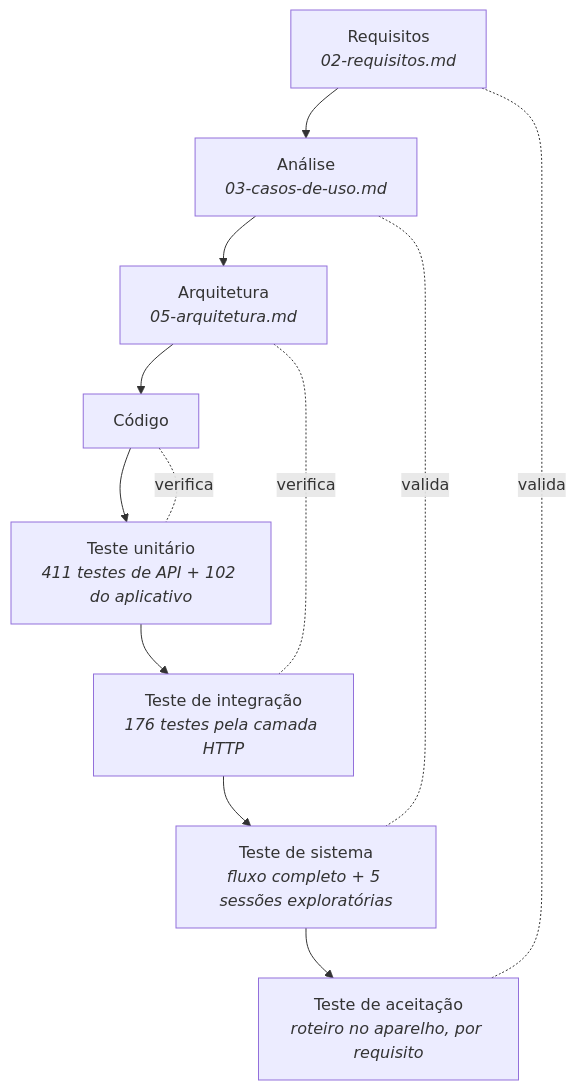
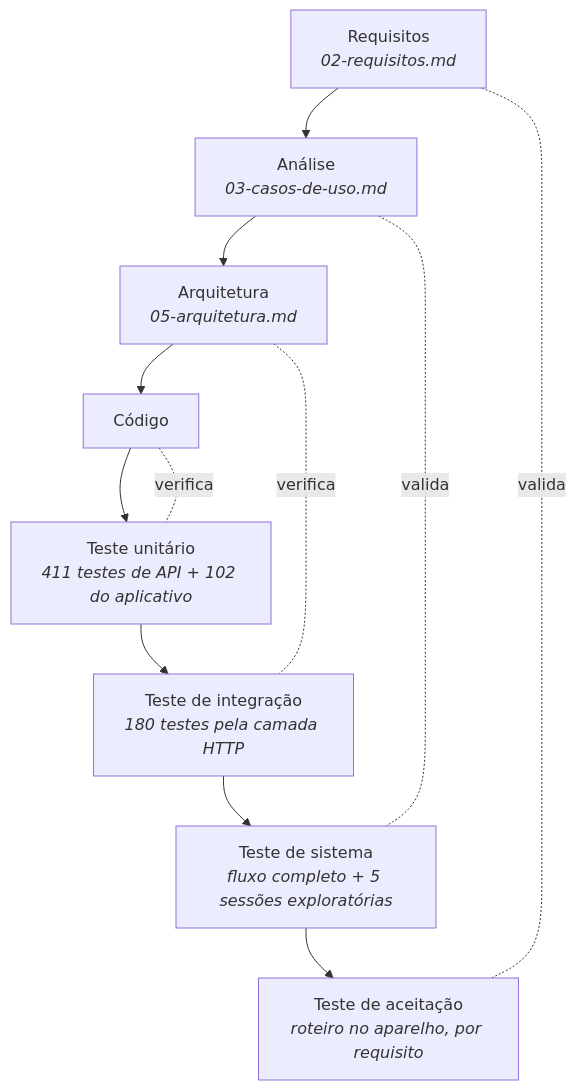
The diagram in docs/pit/07-plano-de-testes.md (lucasmoraiss/CoupleSync), drawn with Mermaid before and after one commit. The commit also changed other lines of this file and 12 other files, not shown here.

````diff
--- a/docs/pit/07-plano-de-testes.md
+++ b/docs/pit/07-plano-de-testes.md
@@ -24,18 +24,18 @@
 ```mermaid
 flowchart TB
     R["Requisitos<br/><i>02-requisitos.md</i>"]
     A["Análise<br/><i>03-casos-de-uso.md</i>"]
     Q["Arquitetura<br/><i>05-arquitetura.md</i>"]
     C["Código"]
     TU["Teste unitário<br/><i>411 testes de API + 102 do aplicativo</i>"]
-    TI["Teste de integração<br/><i>176 testes pela camada HTTP</i>"]
+    TI["Teste de integração<br/><i>180 testes pela camada HTTP</i>"]
     TS["Teste de sistema<br/><i>fluxo completo + 5 sessões exploratórias</i>"]
     TA["Teste de aceitação<br/><i>roteiro no aparelho, por requisito</i>"]
 
     R --> A --> Q --> C
     C --> TU --> TI --> TS --> TA
     R -. valida .- TA
     A -. valida .- TS
     Q -. verifica .- TI
     C -. verifica .- TU
 ```
````
